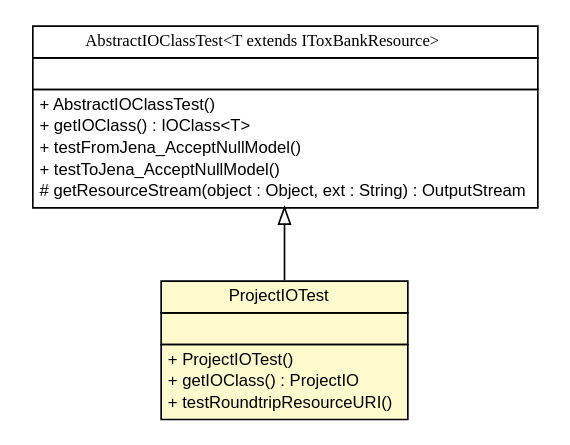
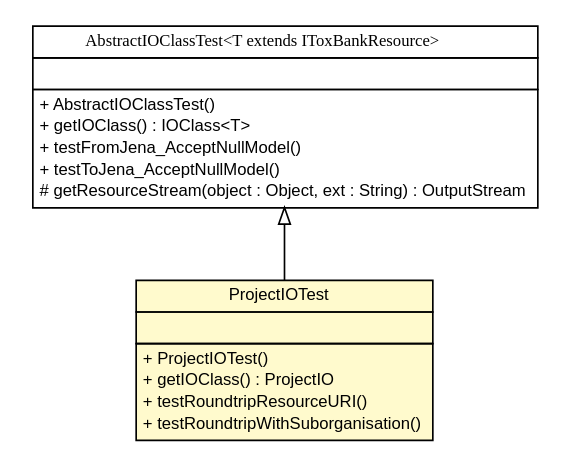
Before and after one commit to ToxBank/toxbank-api-beans: the diagram in testapidocs/net/toxbank/client/io/rdf/ProjectIOTest.dot, drawn with Graphviz. The commit also changed 102 other files, not shown here.

```diff
--- a/testapidocs/net/toxbank/client/io/rdf/ProjectIOTest.dot
+++ b/testapidocs/net/toxbank/client/io/rdf/ProjectIOTest.dot
@@ -1,42 +1,43 @@
 #!/usr/local/bin/dot
 #
 # Class diagram 
 # Generated by UmlGraph version 4.6 (http://www.spinellis.gr/sw/umlgraph)
 #
 
 digraph G {
 	edge [fontname="arial",fontsize=10,labelfontname="arial",labelfontsize=10];
 	node [fontname="arial",fontsize=10,shape=plaintext];
 	// net.toxbank.client.io.rdf.ProjectIOTest
 	c165 [label=<<table border="0" cellborder="1" cellspacing="0" cellpadding="2" port="p" bgcolor="lemonChiffon" href="./ProjectIOTest.html">
 		<tr><td><table border="0" cellspacing="0" cellpadding="1">
 			<tr><td> ProjectIOTest </td></tr>
 		</table></td></tr>
 		<tr><td><table border="0" cellspacing="0" cellpadding="1">
 			<tr><td align="left">  </td></tr>
 		</table></td></tr>
 		<tr><td><table border="0" cellspacing="0" cellpadding="1">
 			<tr><td align="left"> + ProjectIOTest() </td></tr>
 			<tr><td align="left"> + getIOClass() : ProjectIO </td></tr>
 			<tr><td align="left"> + testRoundtripResourceURI() </td></tr>
+			<tr><td align="left"> + testRoundtripWithSuborganisation() </td></tr>
 		</table></td></tr>
 		</table>>, fontname="arial", fontcolor="black", fontsize=10.0];
 	// net.toxbank.client.io.rdf.AbstractIOClassTest<T extends net.toxbank.client.resource.IToxBankResource>
 	c171 [label=<<table border="0" cellborder="1" cellspacing="0" cellpadding="2" port="p" href="./AbstractIOClassTest.html">
 		<tr><td><table border="0" cellspacing="0" cellpadding="1">
 			<tr><td><font face="ariali"> AbstractIOClassTest&lt;T extends IToxBankResource&gt; </font></td></tr>
 		</table></td></tr>
 		<tr><td><table border="0" cellspacing="0" cellpadding="1">
 			<tr><td align="left">  </td></tr>
 		</table></td></tr>
 		<tr><td><table border="0" cellspacing="0" cellpadding="1">
 			<tr><td align="left"> + AbstractIOClassTest() </td></tr>
 			<tr><td align="left"> + getIOClass() : IOClass&lt;T&gt; </td></tr>
 			<tr><td align="left"> + testFromJena_AcceptNullModel() </td></tr>
 			<tr><td align="left"> + testToJena_AcceptNullModel() </td></tr>
 			<tr><td align="left"> # getResourceStream(object : Object, ext : String) : OutputStream </td></tr>
 		</table></td></tr>
 		</table>>, fontname="arial", fontcolor="black", fontsize=10.0];
 	//net.toxbank.client.io.rdf.ProjectIOTest extends net.toxbank.client.io.rdf.AbstractIOClassTest<net.toxbank.client.resource.Project>
 	c171:p -> c165:p [dir=back,arrowtail=empty];
 }
```
